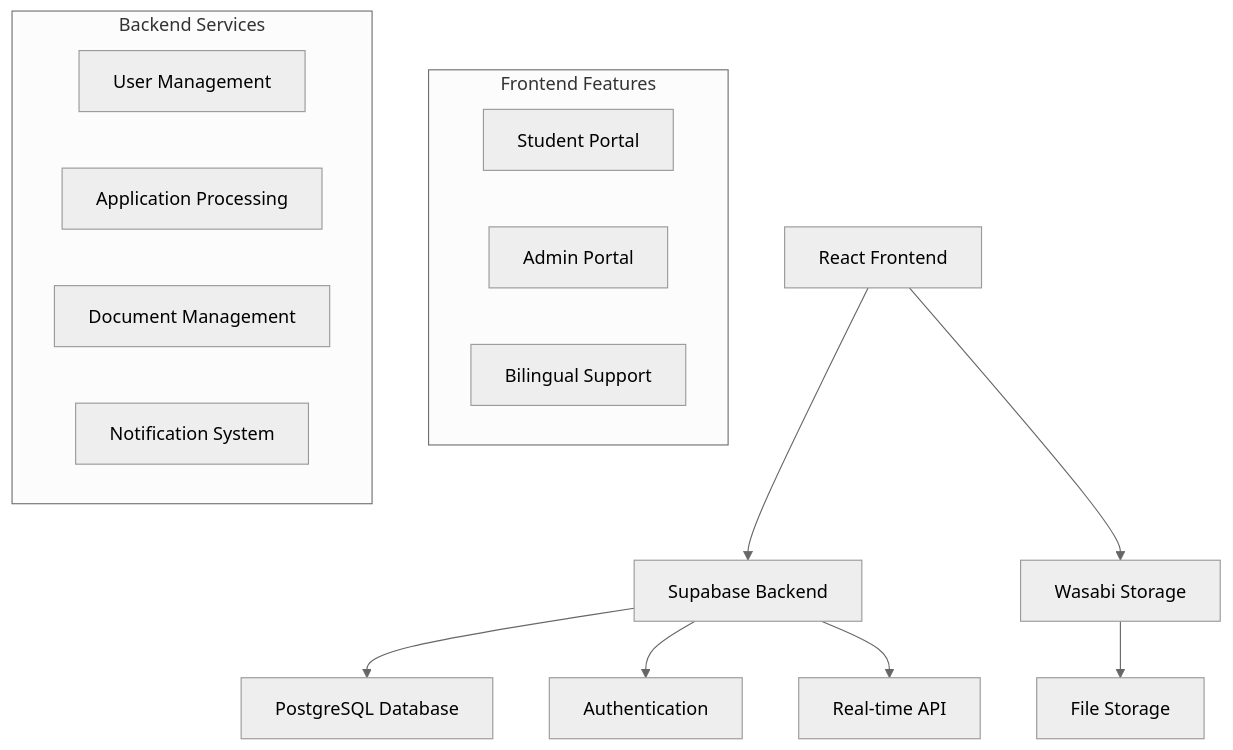
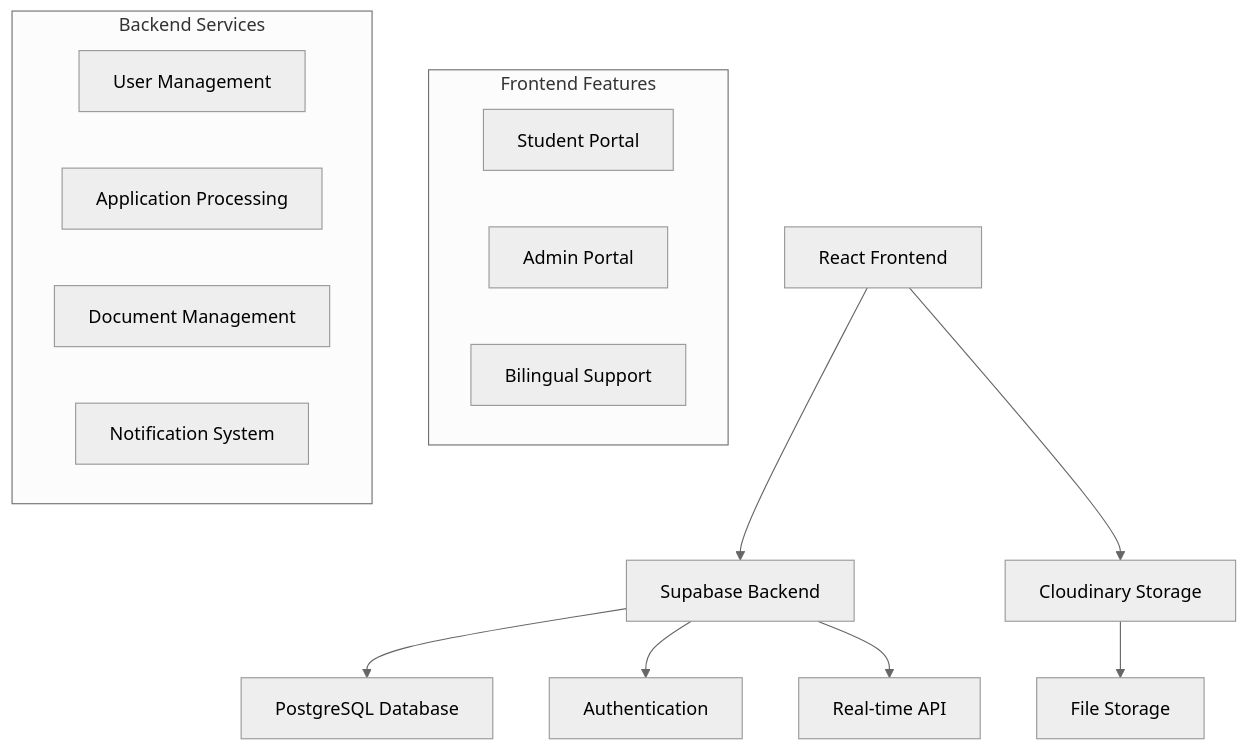
Before and after one commit to SketchBrains/rga-1: the diagram in README.md, drawn with Mermaid (neutral theme). The commit also changed other lines of this file and 7 other files, not shown here.

Commit message:
Migrate from Wasabi to Cloudinary

````diff
--- a/README.md
+++ b/README.md
@@ -184,22 +184,22 @@
 ```mermaid
 graph TB
     A[React Frontend] --> B[Supabase Backend]
-    A --> C[Wasabi Storage]
+    A --> C[Cloudinary Storage]
     B --> D[PostgreSQL Database]
     B --> E[Authentication]
     B --> F[Real-time API]
     C --> G[File Storage]
     
     subgraph "Frontend Features"
         H[Student Portal]
         I[Admin Portal]
         J[Bilingual Support]
     end
     
     subgraph "Backend Services"
         K[User Management]
         L[Application Processing]
         M[Document Management]
         N[Notification System]
     end
 ```
````
